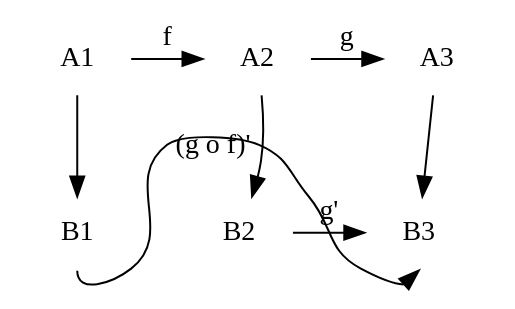
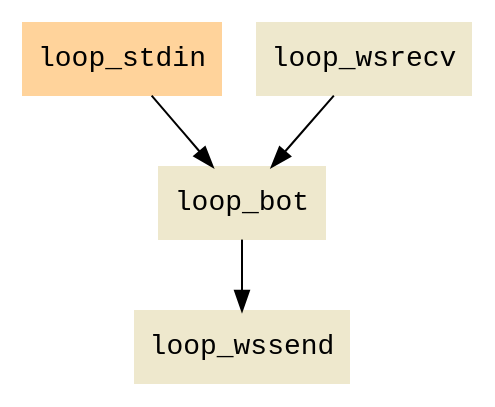
The diagram in test.gv (golmman/crawlbot), drawn with Graphviz before and after one commit. The commit also changed 11 other files, not shown here.

```diff
--- a/test.gv
+++ b/test.gv
@@ -1,14 +1,14 @@
-digraph g {
-	node [shape=plaintext];
-	A1 -> B1;
-	A2 -> B2;
-	A3 -> B3;
-	
-	A1 -> A2 [label=f];
-	A2 -> A3 [label=g];
-	B2 -> B3 [label="g'"];
-	B1 -> B3 [label="(g o f)'" tailport=s headport=s];
+digraph architecture {
+    graph [fontname=monospace];
+    node [fontname=monospace, shape=box];
+    edge [fontname=monospace];
 
-	{ rank=same; A1 A2 A3 }
-	{ rank=same; B1 B2 B3 } 
+    loop_stdin [color=burlywood1, style=filled]
+    loop_wsrecv [color=cornsilk2, style=filled]
+    loop_bot [color=cornsilk2, style=filled]
+    loop_wssend [color=cornsilk2, style=filled]
+
+    loop_stdin -> loop_bot;
+    loop_wsrecv -> loop_bot;
+    loop_bot -> loop_wssend;
 }
```
